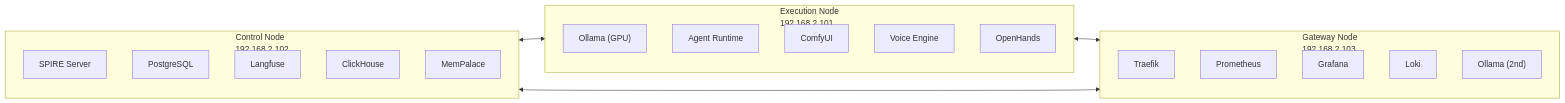
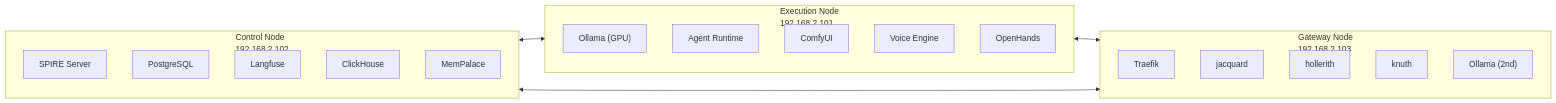
The diagram in docs-site/docs/getting-started/quickstart-admin.md (Misterobots/Agent_Swarm), drawn with Mermaid before and after one commit. The commit also changed other lines of this file and 350 other files, not shown here.

````diff
--- a/docs-site/docs/getting-started/quickstart-admin.md
+++ b/docs-site/docs/getting-started/quickstart-admin.md
@@ -22,30 +22,30 @@
 ```mermaid
 graph LR
     subgraph CTRL["Control Node<br/>192.168.2.102"]
         C1["SPIRE Server"]
         C2["PostgreSQL"]
         C3["Langfuse"]
         C4["ClickHouse"]
         C5["MemPalace"]
     end
 
     subgraph EXEC["Execution Node<br/>192.168.2.101"]
         E1["Ollama (GPU)"]
         E2["Agent Runtime"]
         E3["ComfyUI"]
         E4["Voice Engine"]
         E5["OpenHands"]
     end
 
     subgraph GW["Gateway Node<br/>192.168.2.103"]
         G1["Traefik"]
-        G2["Prometheus"]
-        G3["Grafana"]
-        G4["Loki"]
+        G2["jacquard"]
+        G3["hollerith"]
+        G4["knuth"]
         G5["Ollama (2nd)"]
     end
 
     CTRL <--> EXEC
     EXEC <--> GW
     CTRL <--> GW
 ```
````
